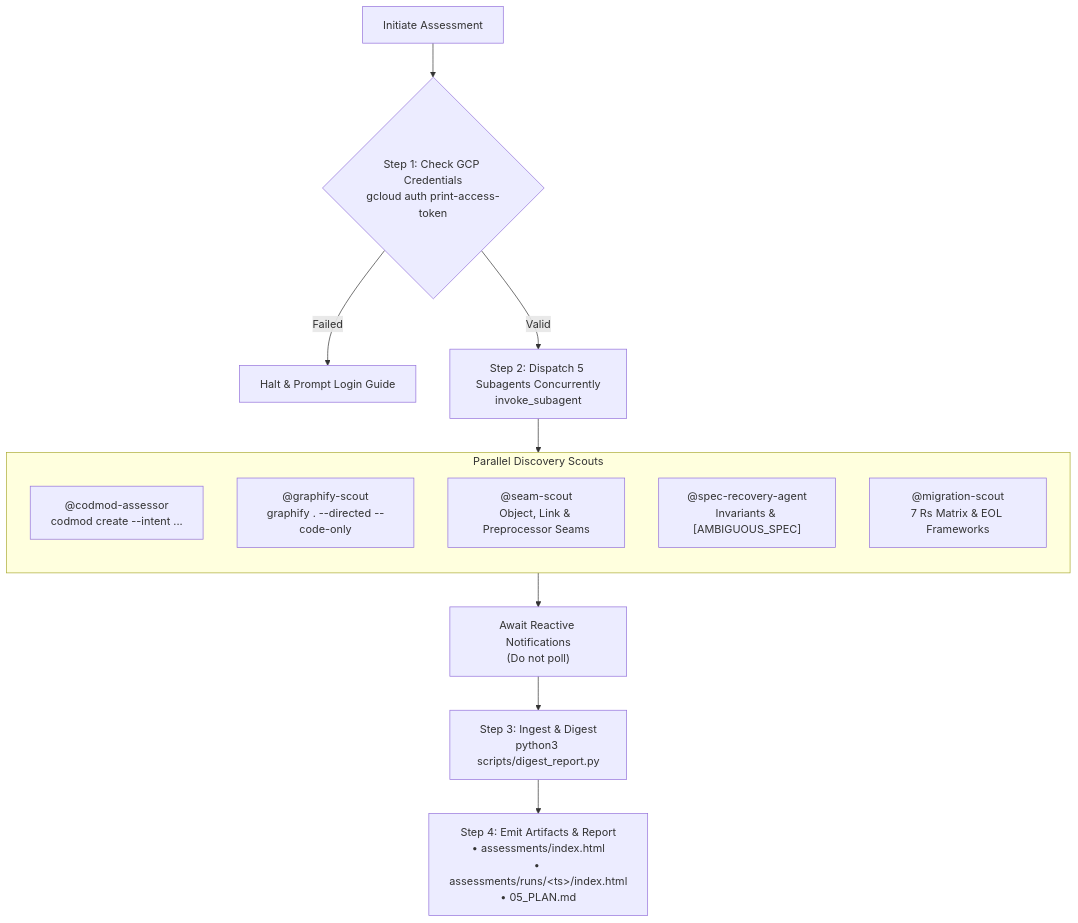
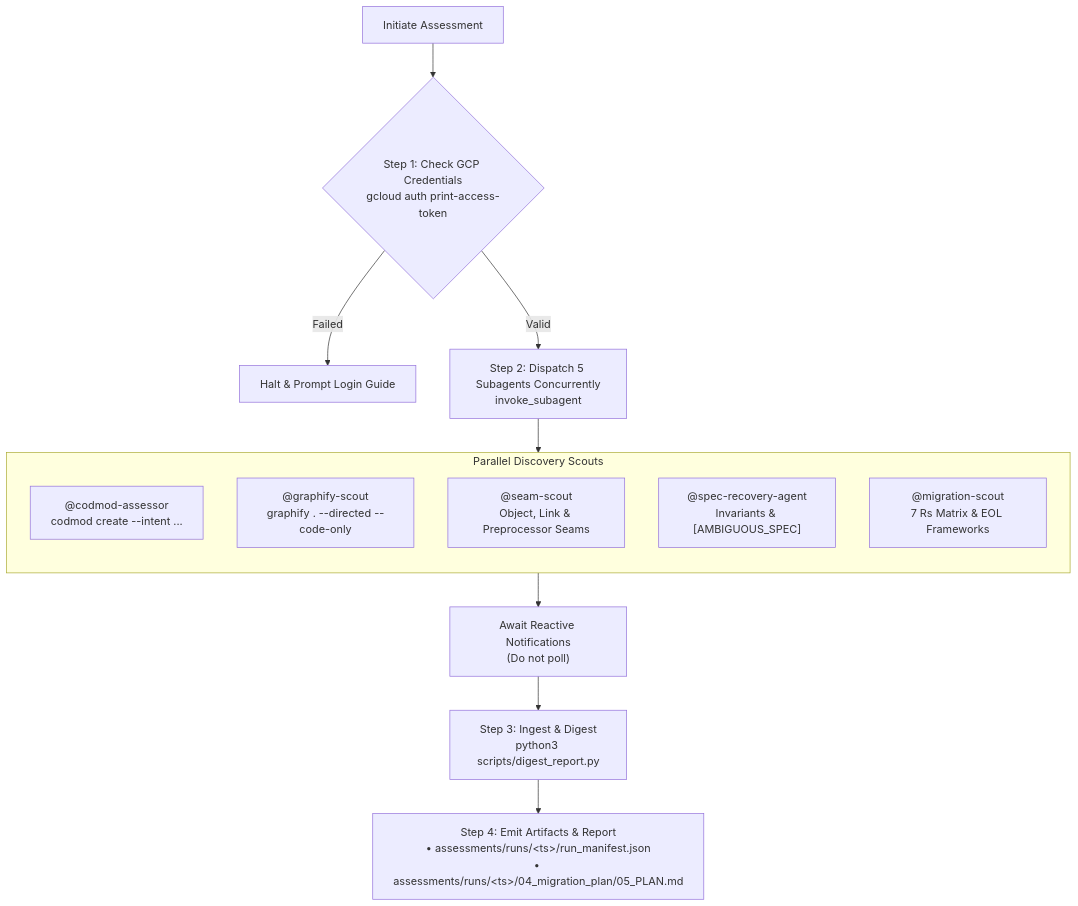
Before and after one commit to sapientcoffee/bean-grinder: the diagram in skills/assess/SKILL.md, drawn with Mermaid. The commit also changed other lines of this file and 34 other files, not shown here.

````diff
--- a/skills/assess/SKILL.md
+++ b/skills/assess/SKILL.md
@@ -10,20 +10,20 @@
 ```mermaid
 flowchart TD
     Start["Initiate Assessment"] --> CheckGCP{"Step 1: Check GCP Credentials<br/>gcloud auth print-access-token"}
     CheckGCP -->|Failed| Halt["Halt & Prompt Login Guide"]
     CheckGCP -->|Valid| Dispatch["Step 2: Dispatch 5 Subagents Concurrently<br/>invoke_subagent"]
     
     subgraph ParallelScouts["Parallel Discovery Scouts"]
         direction TB
         S1["@codmod-assessor<br/>codmod create --intent ..."]
         S2["@graphify-scout<br/>graphify . --directed --code-only"]
         S3["@seam-scout<br/>Object, Link & Preprocessor Seams"]
         S4["@spec-recovery-agent<br/>Invariants & [AMBIGUOUS_SPEC]"]
         S5["@migration-scout<br/>7 Rs Matrix & EOL Frameworks"]
     end
     
     Dispatch --> ParallelScouts
     ParallelScouts --> Wait["Await Reactive Notifications<br/>(Do not poll)"]
     Wait --> Digest["Step 3: Ingest & Digest<br/>python3 scripts/digest_report.py"]
-    Digest --> Outputs["Step 4: Emit Artifacts & Report<br/>• assessments/index.html<br/>• assessments/runs/&lt;ts&gt;/index.html<br/>• 05_PLAN.md"]
+    Digest --> Outputs["Step 4: Emit Artifacts & Report<br/>• assessments/runs/&lt;ts&gt;/run_manifest.json<br/>• assessments/runs/&lt;ts&gt;/04_migration_plan/05_PLAN.md"]
 ```
````
